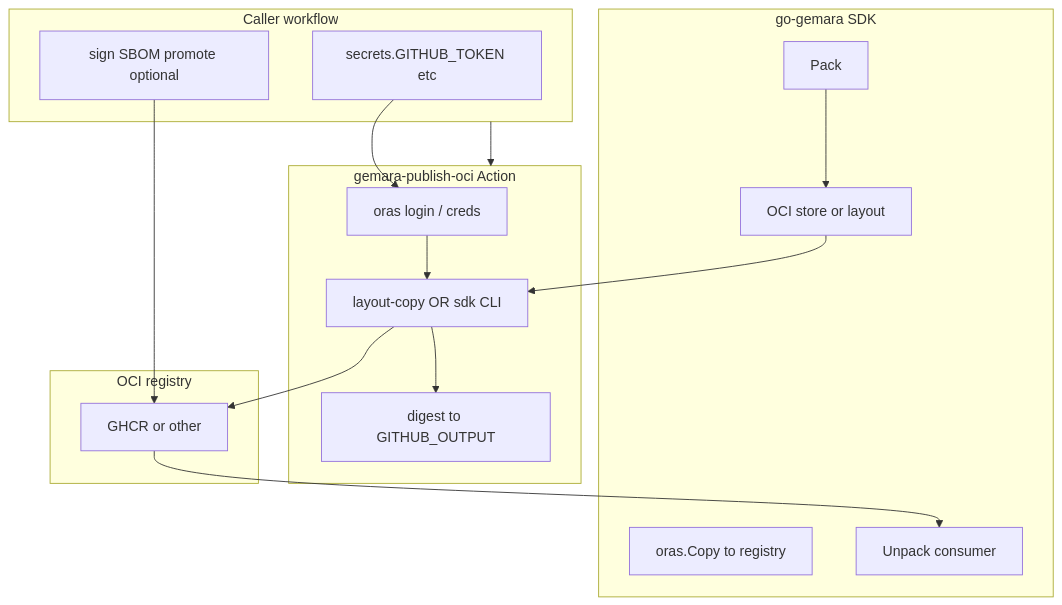
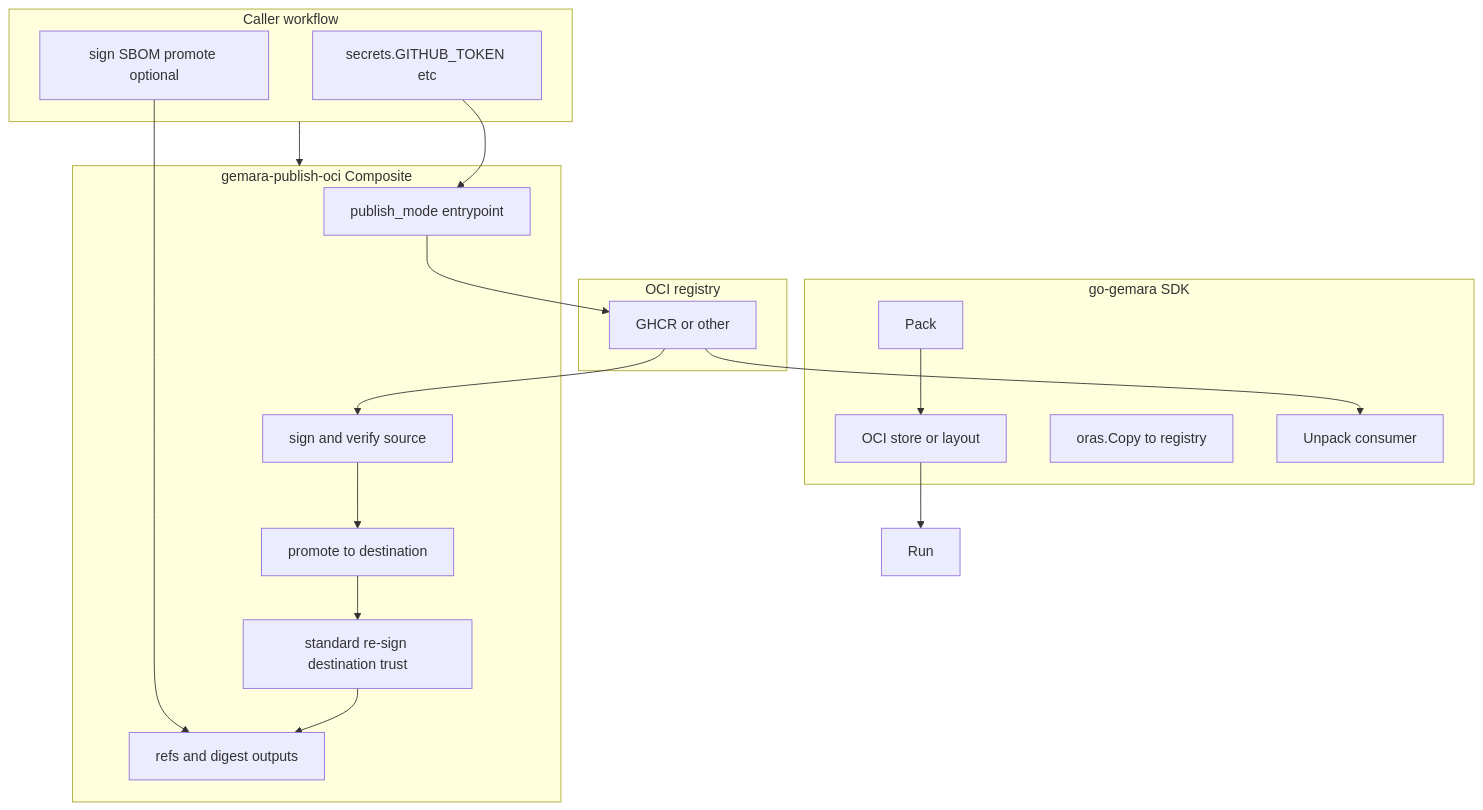
The diagram in docs/DESIGN-FOR-REVIEW.md (sonupreetam/gemara-publish-oci), drawn with Mermaid before and after one commit. The commit also changed other lines of this file and 5 other files, not shown here.

````diff
--- a/docs/DESIGN-FOR-REVIEW.md
+++ b/docs/DESIGN-FOR-REVIEW.md
@@ -51,30 +52,34 @@
 ```mermaid
 flowchart TB
   subgraph sdk [go-gemara SDK]
     Pack[Pack]
     Store[OCI store or layout]
     Copy[oras.Copy to registry]
     Unpack[Unpack consumer]
   end
-  subgraph action [gemara-publish-oci Action]
-    Login[oras login / creds]
-    Run[layout-copy OR sdk CLI]
-    Out[digest to GITHUB_OUTPUT]
+  subgraph action [gemara-publish-oci Composite]
+    Publish[publish_mode entrypoint]
+    SignSrc[sign and verify source]
+    Promote[promote to destination]
+    Trust[standard re-sign destination trust]
+    Out[refs and digest outputs]
   end
   subgraph ci [Caller workflow]
     Secrets[secrets.GITHUB_TOKEN etc]
     Later[sign SBOM promote optional]
   end
   subgraph reg [OCI registry]
     GHCR[GHCR or other]
   end
   Pack --> Store
   Store --> Run
-  Login --> Run
-  Run --> GHCR
-  Run --> Out
-  Secrets --> Login
+  Publish --> GHCR
+  GHCR --> SignSrc
+  SignSrc --> Promote
+  Promote --> Trust
+  Trust --> Out
+  Secrets --> Publish
   GHCR --> Unpack
   ci --> action
-  Later --> GHCR
+  Later --> Out
 ```
````
